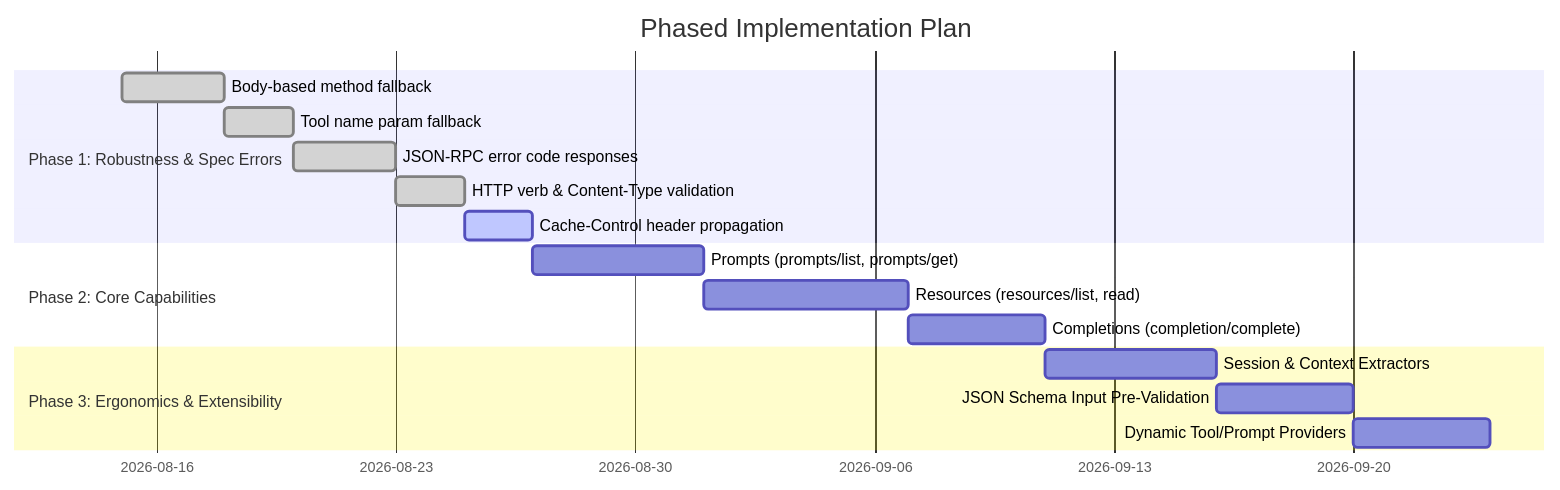
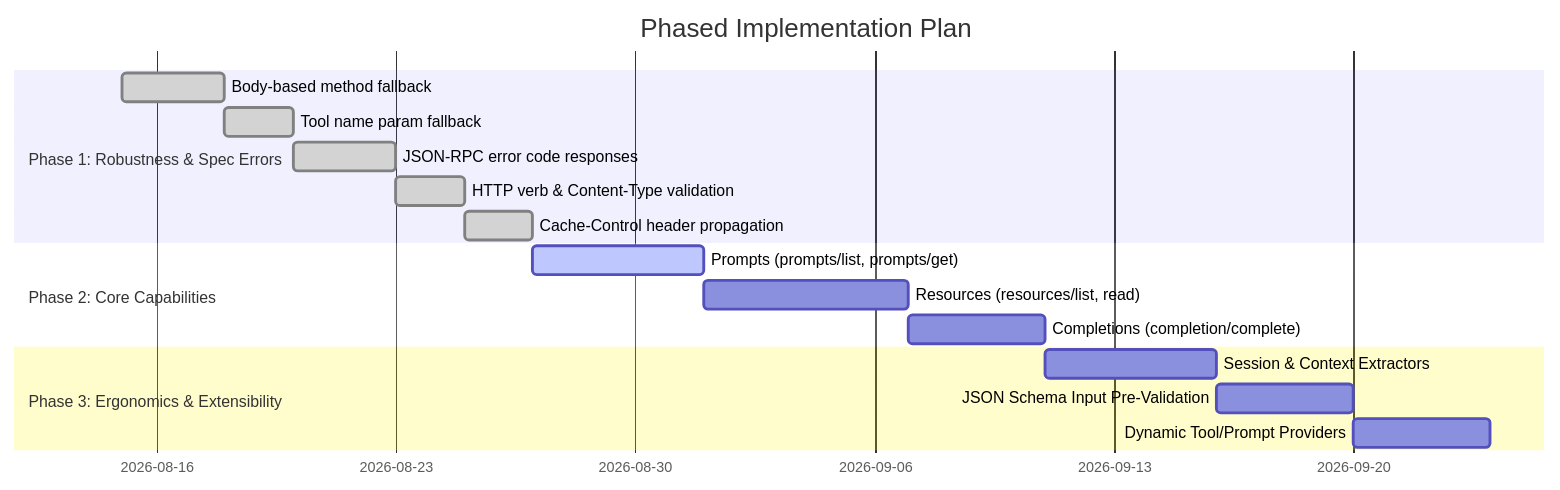
Before and after one commit to andreban/mcp-routing: the diagram in ROADMAP.md, drawn with Mermaid. The commit also changed other lines of this file and 15 other files, not shown here.

````diff
--- a/ROADMAP.md
+++ b/ROADMAP.md
@@ -142,19 +142,19 @@
 ```mermaid
 gantt
     title Phased Implementation Plan
     dateFormat  YYYY-MM-DD
     section Phase 1: Robustness & Spec Errors
     Body-based method fallback         :done, p1_1, 2026-08-15, 3d
     Tool name param fallback           :done, p1_2, after p1_1, 2d
     JSON-RPC error code responses      :done, p1_3, after p1_2, 3d
     HTTP verb & Content-Type validation:done, p1_4, after p1_3, 2d
-    Cache-Control header propagation   :active, p1_5, after p1_4, 2d
+    Cache-Control header propagation   :done, p1_5, after p1_4, 2d
     section Phase 2: Core Capabilities
-    Prompts (prompts/list, prompts/get):p2_1, after p1_5, 5d
+    Prompts (prompts/list, prompts/get):active, p2_1, after p1_5, 5d
     Resources (resources/list, read)   :p2_2, after p2_1, 6d
     Completions (completion/complete)  :p2_3, after p2_2, 4d
     section Phase 3: Ergonomics & Extensibility
     Session & Context Extractors       :p3_1, after p2_3, 5d
     JSON Schema Input Pre-Validation   :p3_2, after p3_1, 4d
     Dynamic Tool/Prompt Providers      :p3_3, after p3_2, 4d
 ```
````
